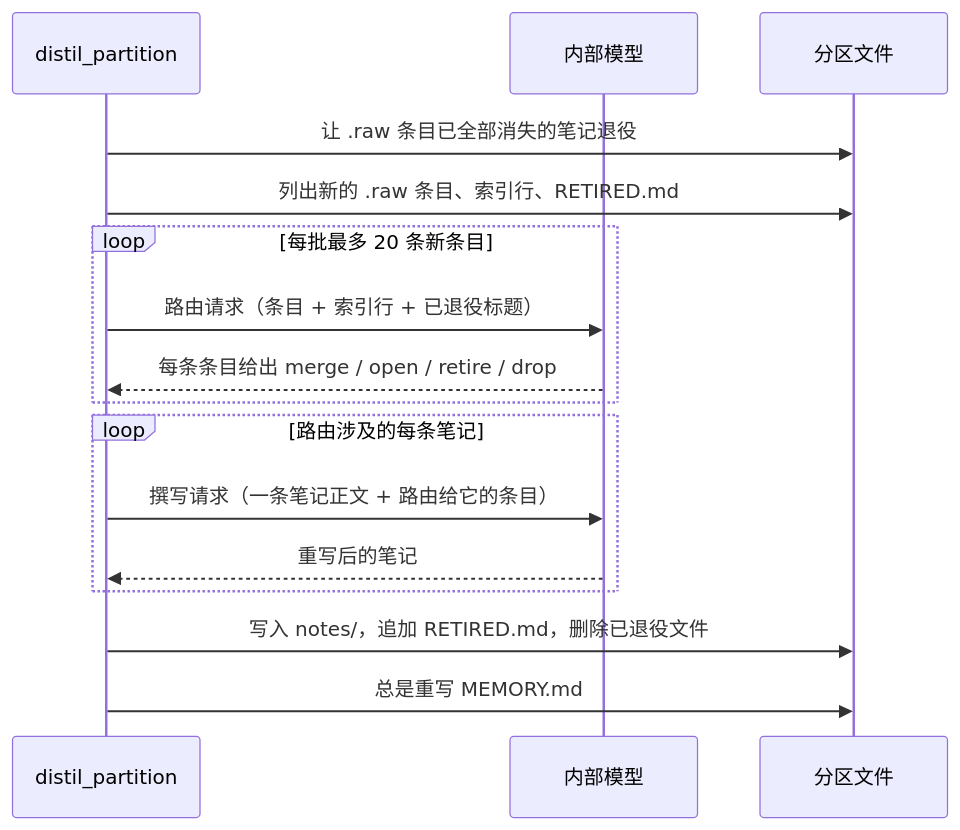
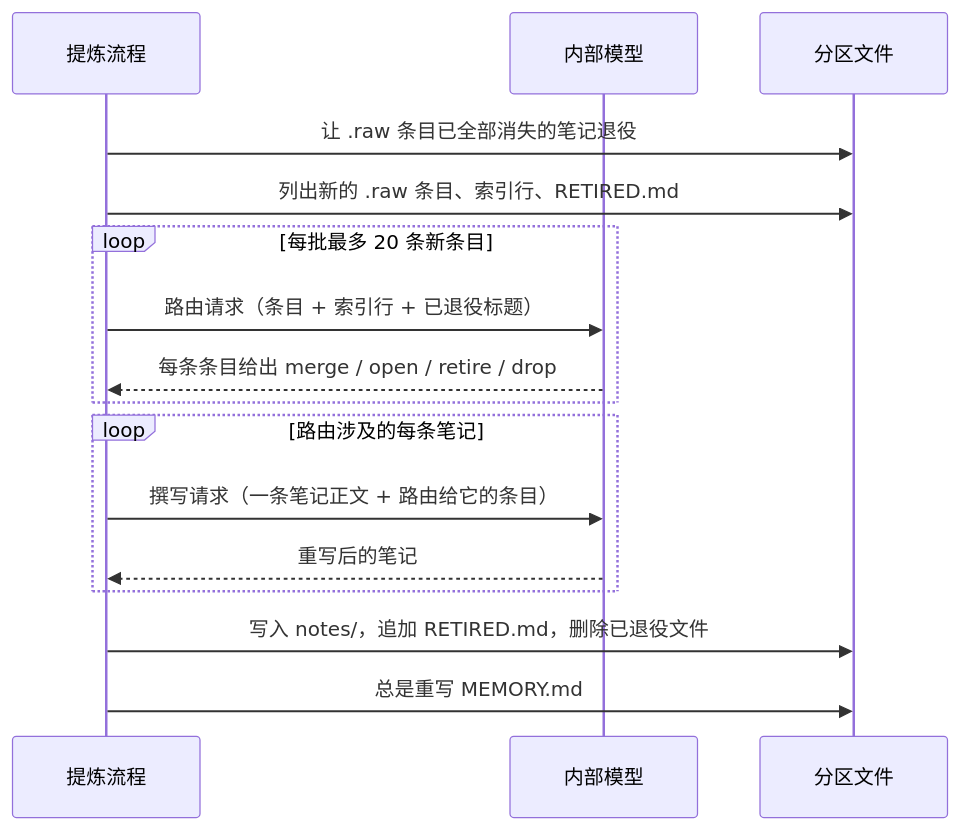
Before and after one commit to wyx-sg/Coffer: the second of 4 diagrams in docs-site/zh/architecture/memory.md, drawn with Mermaid. The commit also changed other lines of this file and 29 other files, not shown here.

First line of the commit message:
docs(site): explain the architecture in plain terms, without source detail

````diff
--- a/docs-site/zh/architecture/memory.md
+++ b/docs-site/zh/architecture/memory.md
@@ -162,18 +162,18 @@
 ```mermaid
 sequenceDiagram
-  participant P as distil_partition
+  participant P as 提炼流程
   participant M as 内部模型
   participant FS as 分区文件
   P->>FS: 让 .raw 条目已全部消失的笔记退役
   P->>FS: 列出新的 .raw 条目、索引行、RETIRED.md
   loop 每批最多 20 条新条目
     P->>M: 路由请求（条目 + 索引行 + 已退役标题）
     M-->>P: 每条条目给出 merge / open / retire / drop
   end
   loop 路由涉及的每条笔记
     P->>M: 撰写请求（一条笔记正文 + 路由给它的条目）
     M-->>P: 重写后的笔记
   end
   P->>FS: 写入 notes/，追加 RETIRED.md，删除已退役文件
   P->>FS: 总是重写 MEMORY.md
 ```
````
